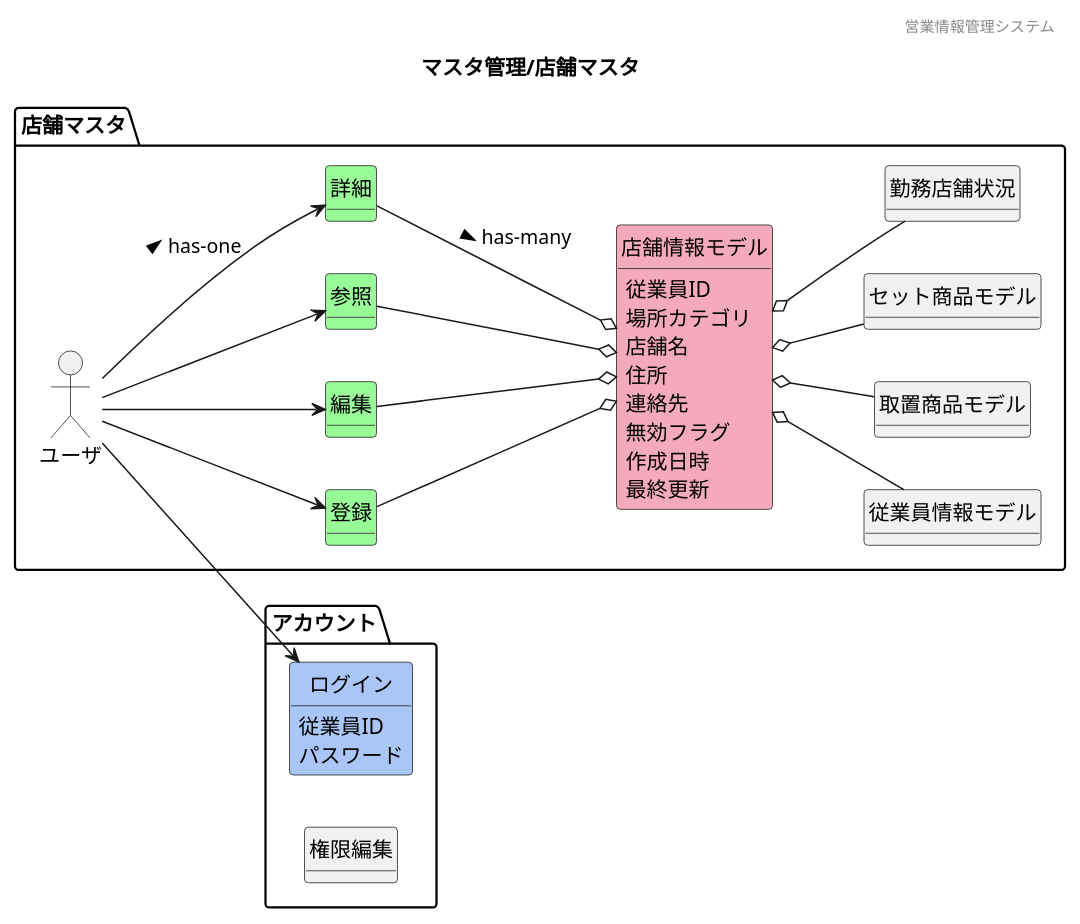
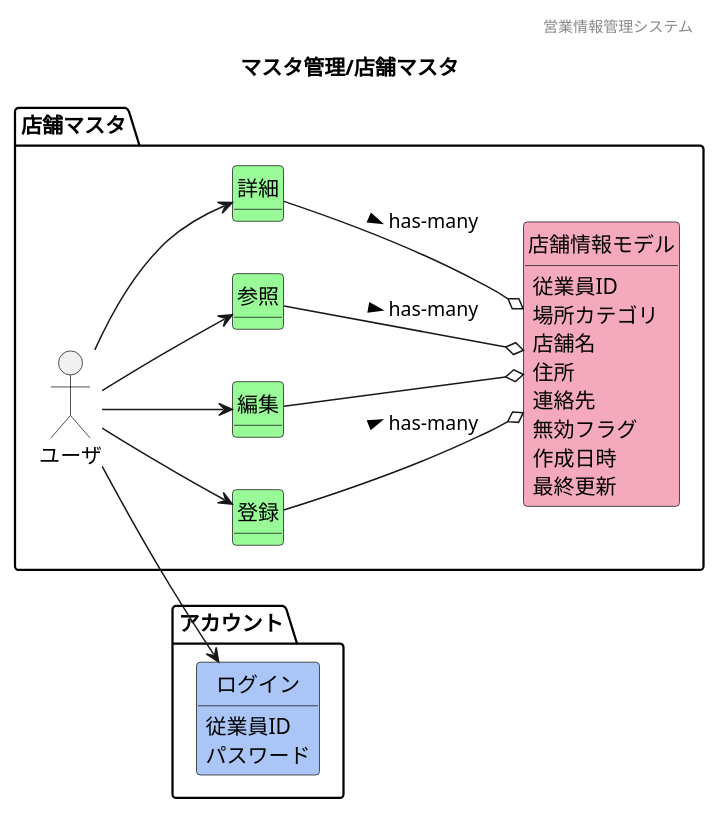
One commit to HaruShim/Sotuken changed the diagram in 各種設計書/1ドメインモデル図/マスタ管理/F02店舗マスタ.plantuml. Above: the diagram before and after it, drawn with PlantUML. The commit also changed 27 other files, not shown here.

```diff
--- a/各種設計書/1ドメインモデル図/マスタ管理/F02店舗マスタ.plantuml
+++ b/各種設計書/1ドメインモデル図/マスタ管理/F02店舗マスタ.plantuml
@@ -1,96 +1,89 @@
 @startuml images/マスタ管理/店舗マスタ
 ' ヘッダー
 header 営業情報管理システム
 ' タイトル
 title マスタ管理/店舗マスタ
 ' 
 hide circle
 ' 
 hide method
 ' hide members
 left to right direction
 
 package "アカウント"{
     class "ログイン" #A9C6F6
-    class "権限編集"
 }
 
 package "店舗マスタ"{
     mix_actor "ユーザ"
     class "登録" #98fb98
     class "編集" #98fb98
     class "参照" #98fb98
     class "詳細" #98fb98
     class "店舗情報モデル" #F5A9BC
-    class "従業員情報モデル"
-    class "取置商品モデル"
-    class "セット商品モデル"
+
     ' class "" #F5A9BC
     ' class "" #F5A9BC
     
 
     ユーザ --> 参照
     ユーザ --> 登録
     ユーザ --> 編集
-    ユーザ --> 詳細 : > has-one
+    ユーザ --> 詳細
     ユーザ --> ログイン
-    参照 --o 店舗情報モデル
-    登録 --o 店舗情報モデル
+    参照 --o 店舗情報モデル : > has-many
+    登録 --o 店舗情報モデル : > has-many
     編集 --o 店舗情報モデル
     詳細 --o 店舗情報モデル : > has-many
-    店舗情報モデル o-- 勤務店舗状況
-    店舗情報モデル o-- 従業員情報モデル
-    店舗情報モデル o-- 取置商品モデル
-    店舗情報モデル o-- セット商品モデル
 
     店舗情報モデル : 従業員ID
     店舗情報モデル : 場所カテゴリ
     店舗情報モデル : 店舗名
     店舗情報モデル : 住所
     店舗情報モデル : 連絡先
     店舗情報モデル : 無効フラグ
     店舗情報モデル : 作成日時
     店舗情報モデル : 最終更新
     ' 勤務店舗状況 : 店舗名
     ' 勤務店舗状況 : 従業員数
     ' 勤務店舗状況 : 責任者
     ' 店舗情報モデル : 店舗名
     ' 店舗情報モデル : 住所
     ' 店舗情報モデル : 連絡先
     ' 店舗情報モデル : 店長
     ' 店舗情報モデル : 主な従業員
     ' セット商品モデル : セット商品ID
     ' セット商品モデル : セット名
     ' セット商品モデル : 商品コード
     ' セット商品モデル : 型番
     ' セット商品モデル : 店舗ID[FK]
     ' セット商品モデル : 商品数
     ' セット商品モデル : 作成日時
     ' セット商品モデル : 最終更新日時
     ' 取置商品モデル : 取置予約ID
     ' 取置商品モデル : 商品コード[FK]
     ' 取置商品モデル : 型番
     ' 取置商品モデル : 店舗ID[FK]
     ' 取置商品モデル : 予約者氏名
     ' 取置商品モデル : 連絡先
     ' 取置商品モデル : 予約日時
     ' 取置商品モデル : 最終更新日時
     ' 従業員情報モデル : 従業員ID
     ' 従業員情報モデル : 雇用形態
     ' 従業員情報モデル : 店舗ID[FK]
     ' 従業員情報モデル : 氏名
     ' 従業員情報モデル : 氏名(カナ)
     ' 従業員情報モデル : 電話番号
     ' 従業員情報モデル : 性別
     ' 従業員情報モデル : 生年月日
     ' 従業員情報モデル : 年齢
     ' 従業員情報モデル : パスワード
     ' 従業員情報モデル : 無効フラグ
     ' 従業員情報モデル : 作成日時
     ' 従業員情報モデル : 最終更新日時
     ログイン : 従業員ID
     ログイン : パスワード
 }
 
 
 @enduml
```
